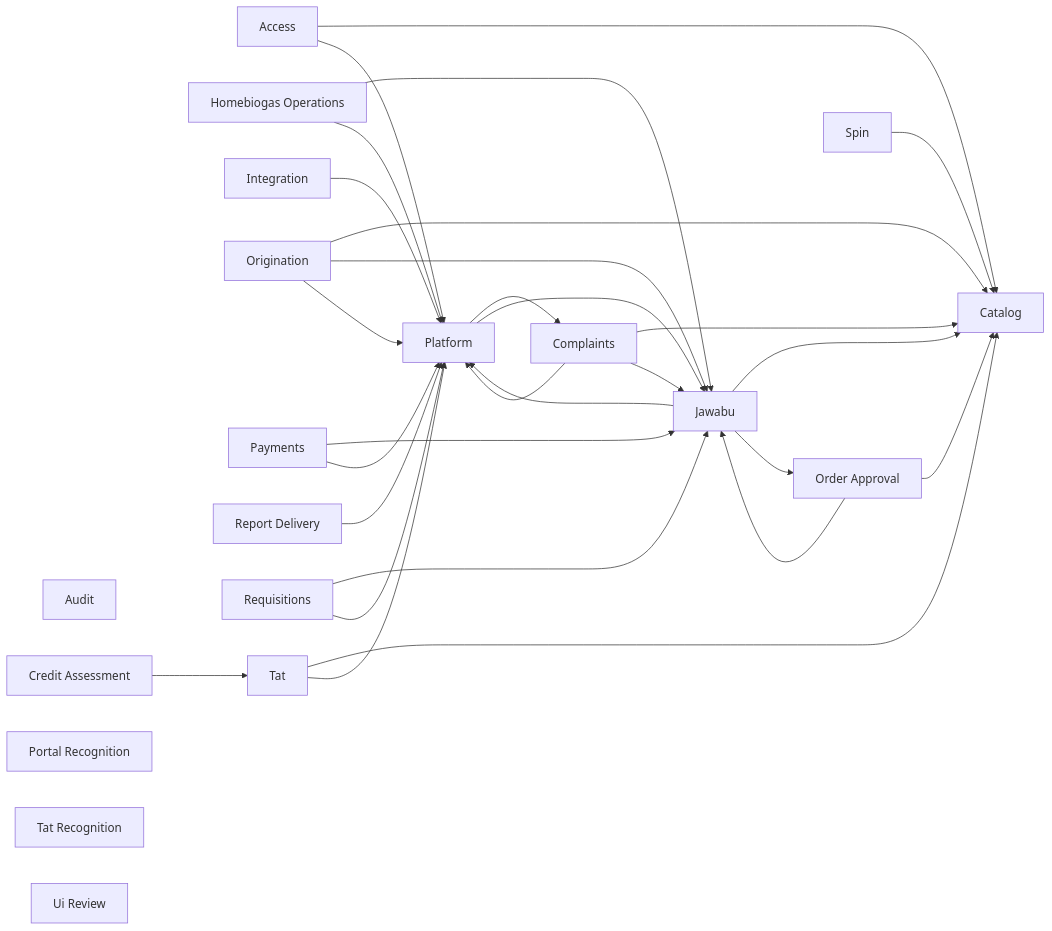
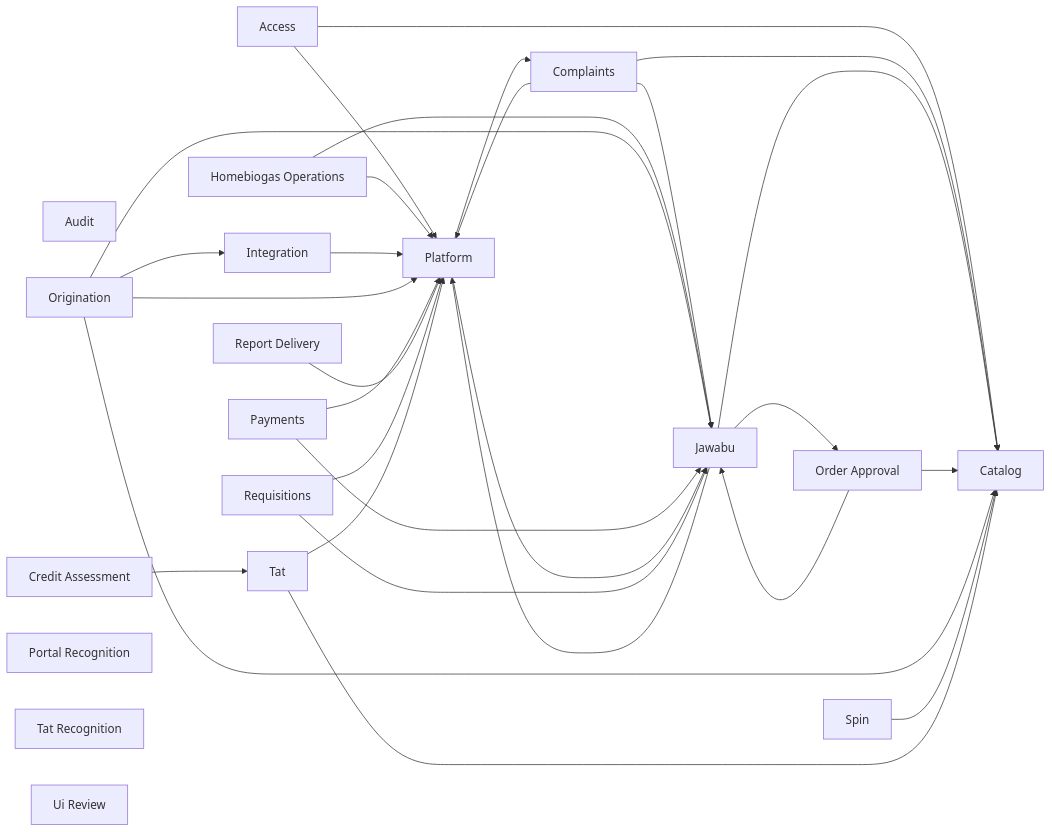
Before and after one commit to bedanavrvm/HB-Biogas-Telegram-Bot: the diagram in docs/database/overview.mmd, drawn with Mermaid. The commit also changed 55 other files, not shown here.

```diff
--- a/docs/database/overview.mmd
+++ b/docs/database/overview.mmd
@@ -1,47 +1,48 @@
 flowchart LR
   access["Access"]
   audit["Audit"]
   catalog["Catalog"]
   complaints["Complaints"]
   credit_assessment["Credit Assessment"]
   homebiogas_operations["Homebiogas Operations"]
   integration["Integration"]
   jawabu["Jawabu"]
   order_approval["Order Approval"]
   origination["Origination"]
   payments["Payments"]
   platform["Platform"]
   portal_recognition["Portal Recognition"]
   report_delivery["Report Delivery"]
   requisitions["Requisitions"]
   spin["Spin"]
   tat["Tat"]
   tat_recognition["Tat Recognition"]
   ui_review["Ui Review"]
   access --> catalog
   access --> platform
   complaints --> catalog
   complaints --> jawabu
   complaints --> platform
   credit_assessment --> tat
   homebiogas_operations --> jawabu
   homebiogas_operations --> platform
   integration --> platform
   jawabu --> catalog
   jawabu --> order_approval
   jawabu --> platform
   order_approval --> catalog
   order_approval --> jawabu
   origination --> catalog
+  origination --> integration
   origination --> jawabu
   origination --> platform
   payments --> jawabu
   payments --> platform
   platform --> complaints
   platform --> jawabu
   report_delivery --> platform
   requisitions --> jawabu
   requisitions --> platform
   spin --> catalog
   tat --> catalog
   tat --> platform
```
